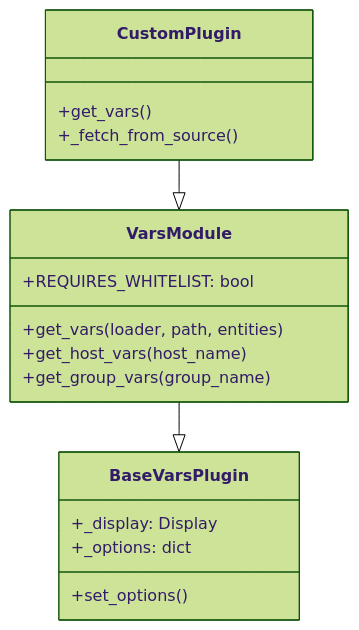
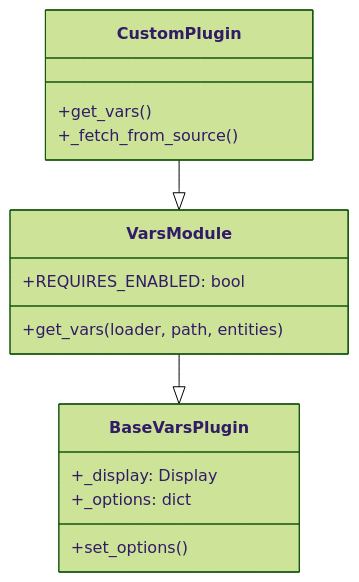
The second of 3 diagrams in posts/2026-01-30-ansible-vars-plugins/README.md (OneUptime/blog), drawn with Mermaid (forest theme) before and after one commit. The commit also changed other lines of this file and 2 other files, not shown here.

Commit message:
validate: 2026-01-30-ansible-vars-plugins

````diff
--- a/posts/2026-01-30-ansible-vars-plugins/README.md
+++ b/posts/2026-01-30-ansible-vars-plugins/README.md
@@ -48,20 +48,18 @@
 ```mermaid
 classDiagram
     class VarsModule {
-        +REQUIRES_WHITELIST: bool
+        +REQUIRES_ENABLED: bool
         +get_vars(loader, path, entities)
-        +get_host_vars(host_name)
-        +get_group_vars(group_name)
     }
     class BaseVarsPlugin {
         +_display: Display
         +_options: dict
         +set_options()
     }
     VarsModule --|> BaseVarsPlugin
     class CustomPlugin {
         +get_vars()
         +_fetch_from_source()
     }
     CustomPlugin --|> VarsModule
 ```
````
